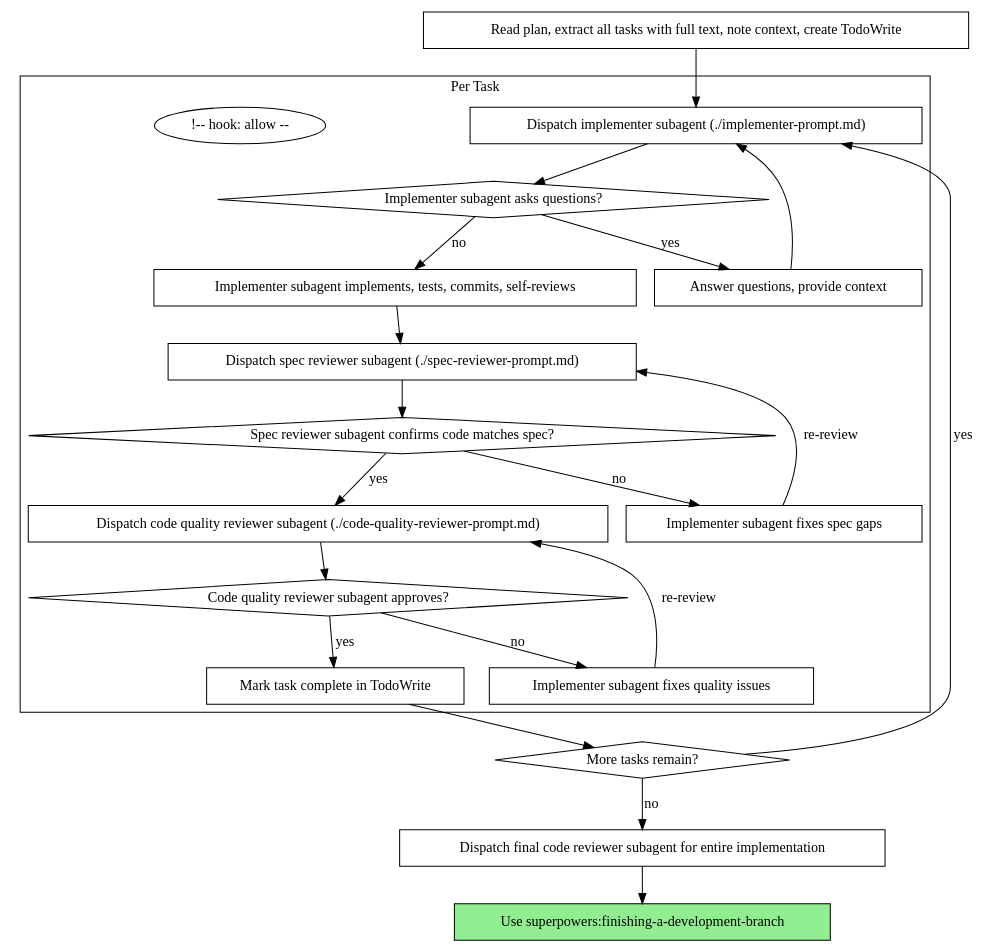
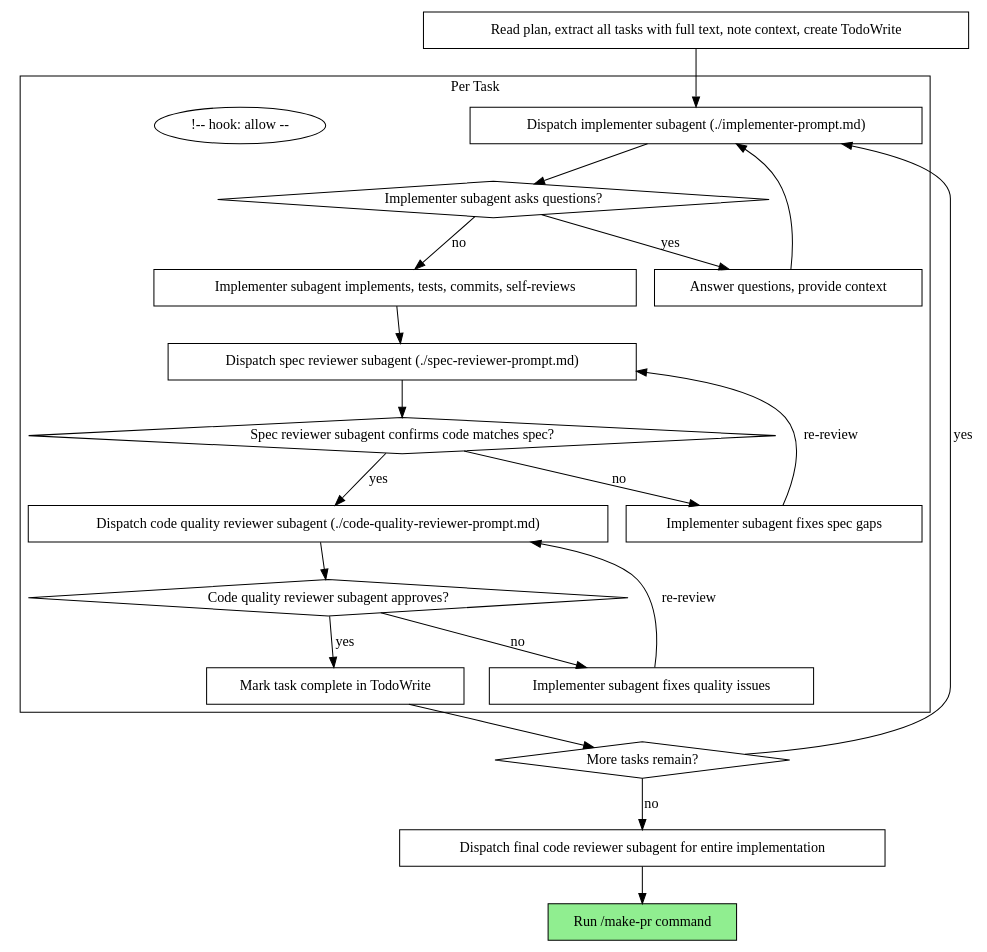
The second of 2 diagrams in .agents/skills/subagent-driven-development/SKILL.md (redmarklogic/redline), drawn with Graphviz before and after one commit. The commit also changed other lines of this file and 10 other files, not shown here.

````diff
--- a/.agents/skills/subagent-driven-development/SKILL.md
+++ b/.agents/skills/subagent-driven-development/SKILL.md
@@ -44,44 +44,44 @@
 ```dot
 digraph process {
     rankdir=TB;
 
     subgraph cluster_per_task {
         label="Per Task";
         "Dispatch implementer subagent (./implementer-prompt.md)" [shape=box];
         "Implementer subagent asks questions?" [shape=diamond];
         "Answer questions, provide context" [shape=box];
         "Implementer subagent implements, tests, commits, self-reviews" [shape=box];
         "Dispatch spec reviewer subagent (./spec-reviewer-prompt.md)" [shape=box];
         "Spec reviewer subagent confirms code matches spec?" [shape=diamond];
         "Implementer subagent fixes spec gaps" [shape=box];
         "Dispatch code quality reviewer subagent (./code-quality-reviewer-prompt.md)" [shape=box];
         "Code quality reviewer subagent approves?" [shape=diamond];
         "Implementer subagent fixes quality issues" [shape=box];
         "Mark task complete in TodoWrite" [shape=box]; <!-- hook: allow -->
     }
 
     "Read plan, extract all tasks with full text, note context, create TodoWrite" [shape=box];
     "More tasks remain?" [shape=diamond];
     "Dispatch final code reviewer subagent for entire implementation" [shape=box];
-    "Use superpowers:finishing-a-development-branch" [shape=box style=filled fillcolor=lightgreen];
+    "Run /make-pr command" [shape=box style=filled fillcolor=lightgreen];
 
     "Read plan, extract all tasks with full text, note context, create TodoWrite" -> "Dispatch implementer subagent (./implementer-prompt.md)";
     "Dispatch implementer subagent (./implementer-prompt.md)" -> "Implementer subagent asks questions?";
     "Implementer subagent asks questions?" -> "Answer questions, provide context" [label="yes"];
     "Answer questions, provide context" -> "Dispatch implementer subagent (./implementer-prompt.md)";
     "Implementer subagent asks questions?" -> "Implementer subagent implements, tests, commits, self-reviews" [label="no"];
     "Implementer subagent implements, tests, commits, self-reviews" -> "Dispatch spec reviewer subagent (./spec-reviewer-prompt.md)";
     "Dispatch spec reviewer subagent (./spec-reviewer-prompt.md)" -> "Spec reviewer subagent confirms code matches spec?";
     "Spec reviewer subagent confirms code matches spec?" -> "Implementer subagent fixes spec gaps" [label="no"];
     "Implementer subagent fixes spec gaps" -> "Dispatch spec reviewer subagent (./spec-reviewer-prompt.md)" [label="re-review"];
     "Spec reviewer subagent confirms code matches spec?" -> "Dispatch code quality reviewer subagent (./code-quality-reviewer-prompt.md)" [label="yes"];
     "Dispatch code quality reviewer subagent (./code-quality-reviewer-prompt.md)" -> "Code quality reviewer subagent approves?";
     "Code quality reviewer subagent approves?" -> "Implementer subagent fixes quality issues" [label="no"];
     "Implementer subagent fixes quality issues" -> "Dispatch code quality reviewer subagent (./code-quality-reviewer-prompt.md)" [label="re-review"];
     "Code quality reviewer subagent approves?" -> "Mark task complete in TodoWrite" [label="yes"]; <!-- hook: allow -->
     "Mark task complete in TodoWrite" -> "More tasks remain?"; <!-- hook: allow -->
     "More tasks remain?" -> "Dispatch implementer subagent (./implementer-prompt.md)" [label="yes"];
     "More tasks remain?" -> "Dispatch final code reviewer subagent for entire implementation" [label="no"];
-    "Dispatch final code reviewer subagent for entire implementation" -> "Use superpowers:finishing-a-development-branch";
+    "Dispatch final code reviewer subagent for entire implementation" -> "Run /make-pr command";
 }
 ```
````
